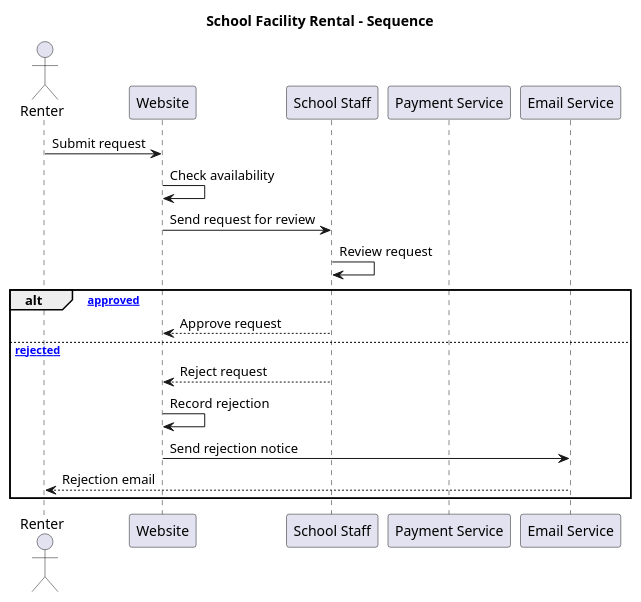
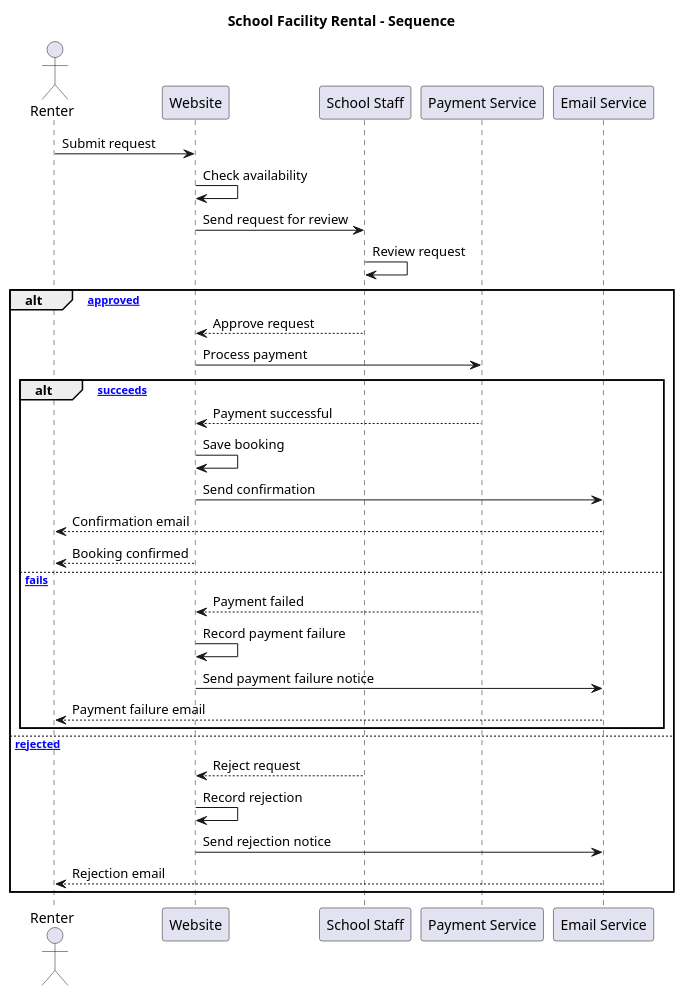
One commit to DylanHH11/CS-3560-HW_6_UML_2_Sequence_Activity changed the diagram in rentalSequence.puml. Above: the diagram before and after it, drawn with PlantUML.

Commit message:
Finalize UML diagrams

```diff
--- a/rentalSequence.puml
+++ b/rentalSequence.puml
@@ -1,24 +1,38 @@
 @startuml
 title School Facility Rental - Sequence
 
 actor Renter
 participant Website
 participant "School Staff" as Staff
 participant "Payment Service" as Pay
 participant "Email Service" as Email
 
 Renter -> Website: Submit request
 Website -> Website: Check availability
 Website -> Staff: Send request for review
 Staff -> Staff: Review request
 
 alt [approved]
     Staff --> Website: Approve request
+    Website -> Pay: Process payment
 
+    alt [payment succeeds]
+        Pay --> Website: Payment successful
+        Website -> Website: Save booking
+        Website -> Email: Send confirmation
+        Email --> Renter: Confirmation email
+        Website --> Renter: Booking confirmed
+
+    else [payment fails]
+        Pay --> Website: Payment failed
+        Website -> Website: Record payment failure
+        Website -> Email: Send payment failure notice
+        Email --> Renter: Payment failure email
+    end
 else [rejected]
     Staff --> Website: Reject request
     Website -> Website: Record rejection
     Website -> Email: Send rejection notice
     Email --> Renter: Rejection email
 end
 @enduml
```
